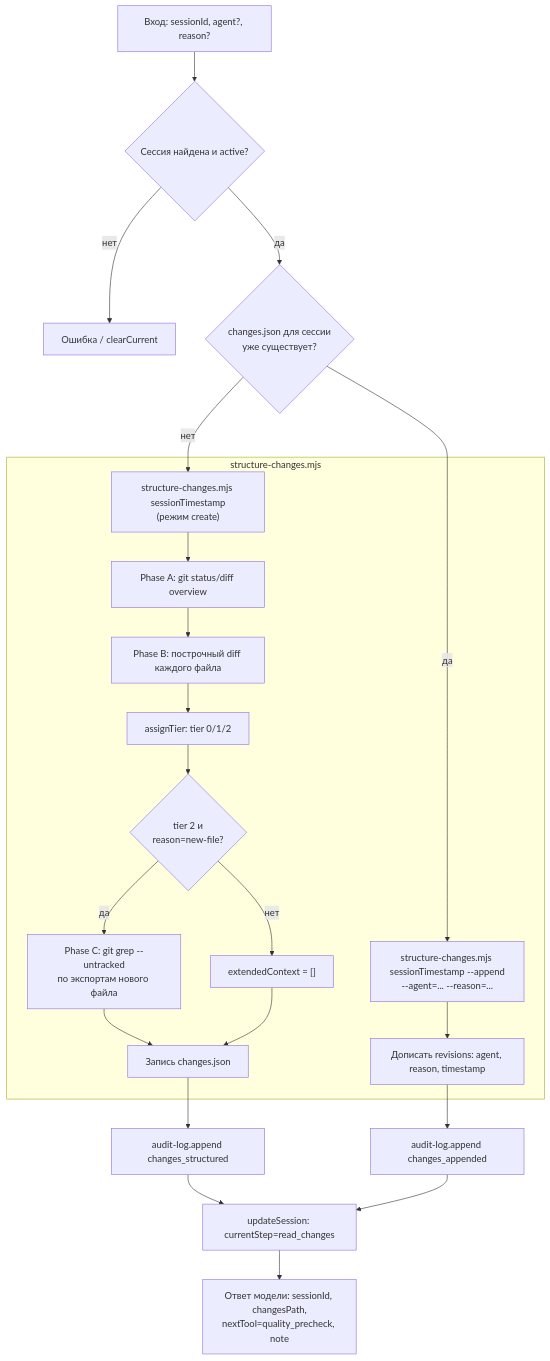
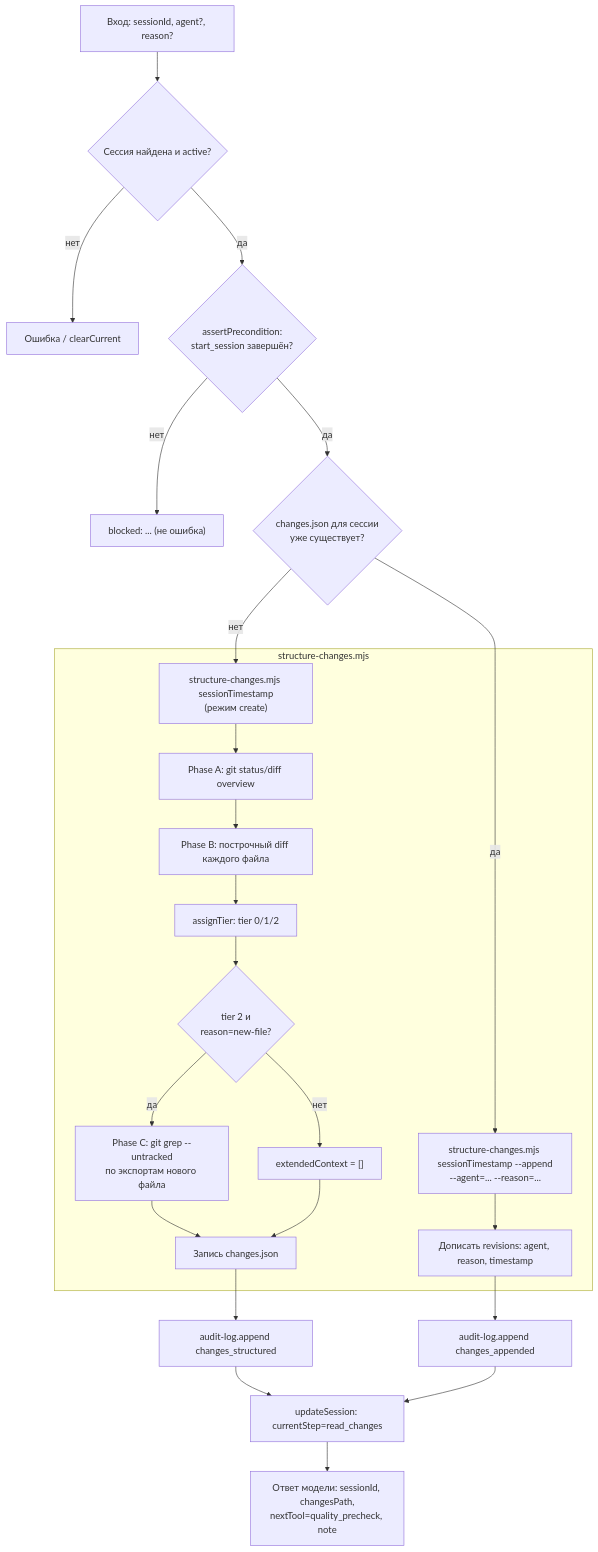
The diagram in packages/sdlc-ship-changes/src/tools/read-changes/README.md (PavelsPolakovs/sdlc-tools), drawn with Mermaid before and after one commit. The commit also changed other lines of this file and 30 other files, not shown here.

First line of the commit message:
Remove unimplemented pipeline stub tools; add assertPrecondition/pipeline-order with tests

````diff
--- a/packages/sdlc-ship-changes/src/tools/read-changes/README.md
+++ b/packages/sdlc-ship-changes/src/tools/read-changes/README.md
@@ -7,26 +7,28 @@
 ```mermaid
 flowchart TD
     A[Вход: sessionId, agent?, reason?] --> B{Сессия найдена и active?}
     B -- нет --> B1[Ошибка / clearCurrent]
-    B -- да --> C{changes.json для сессии\nуже существует?}
+    B -- да --> B2{assertPrecondition:\nstart_session завершён?}
+    B2 -- нет --> B3["blocked: ... (не ошибка)"]
+    B2 -- да --> C{changes.json для сессии\nуже существует?}
     C -- нет --> D["structure-changes.mjs sessionTimestamp\n(режим create)"]
     C -- да --> E["structure-changes.mjs sessionTimestamp --append\n--agent=... --reason=..."]
 
     subgraph script[structure-changes.mjs]
         D --> F[Phase A: git status/diff overview]
         F --> G[Phase B: построчный diff каждого файла]
         G --> H[assignTier: tier 0/1/2]
         H --> I{tier 2 и\nreason=new-file?}
         I -- да --> J[Phase C: git grep --untracked\nпо экспортам нового файла]
         I -- нет --> K["extendedContext = []"]
         J --> L[Запись changes.json]
         K --> L
         E --> M[Дописать revisions: agent, reason, timestamp]
     end
 
     L --> N[audit-log.append changes_structured]
     M --> N2[audit-log.append changes_appended]
     N --> O[updateSession: currentStep=read_changes]
     N2 --> O
     O --> P["Ответ модели: sessionId, changesPath,\nnextTool=quality_precheck, note"]
 ```
````
